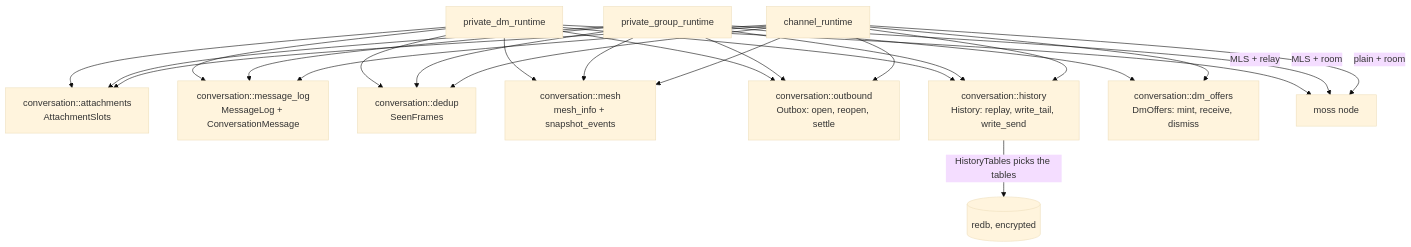
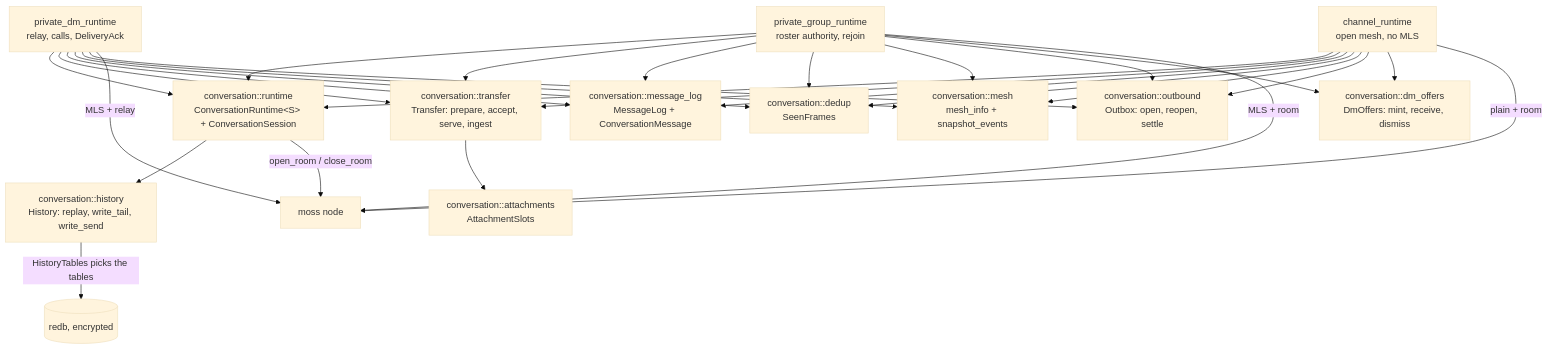
One commit to redstone-md/mosh-flutter changed the eighth of 8 diagrams in docs/Architecture.md. Above: the diagram before and after it, drawn with Mermaid (base theme). The commit also changed other lines of this file and 1 other file, not shown here.

First line of the commit message:
docs: the conversation strata are folded, down to the runtime shell

````diff
--- a/docs/Architecture.md
+++ b/docs/Architecture.md
@@ -315,40 +321,45 @@
 ```mermaid
 flowchart TD
-    Dm[private_dm_runtime]
-    Gr[private_group_runtime]
-    Ch[channel_runtime]
+    Dm["private_dm_runtime<br/>relay, calls, DeliveryAck"]
+    Gr["private_group_runtime<br/>roster authority, rejoin"]
+    Ch["channel_runtime<br/>open mesh, no MLS"]
+    Shell["conversation::runtime<br/>ConversationRuntime&lt;S&gt; + ConversationSession"]
     Slots["conversation::attachments<br/>AttachmentSlots"]
+    Xfer["conversation::transfer<br/>Transfer: prepare, accept, serve, ingest"]
     Log["conversation::message_log<br/>MessageLog + ConversationMessage"]
     Seen["conversation::dedup<br/>SeenFrames"]
     Mesh["conversation::mesh<br/>mesh_info + snapshot_events"]
     Out["conversation::outbound<br/>Outbox: open, reopen, settle"]
     Hist["conversation::history<br/>History: replay, write_tail, write_send"]
     Offers["conversation::dm_offers<br/>DmOffers: mint, receive, dismiss"]
     Moss[moss node]
     Db[(redb, encrypted)]
 
-    Dm --> Slots
+    Dm --> Shell
+    Gr --> Shell
+    Ch --> Shell
+    Dm --> Xfer
+    Gr --> Xfer
+    Ch --> Xfer
     Dm --> Log
     Dm --> Seen
     Dm --> Mesh
     Dm --> Out
-    Dm --> Hist
-    Gr --> Slots
     Gr --> Log
     Gr --> Seen
     Gr --> Mesh
     Gr --> Out
-    Gr --> Hist
     Gr --> Offers
-    Ch --> Slots
     Ch --> Log
     Ch --> Seen
     Ch --> Mesh
     Ch --> Out
-    Ch --> Hist
     Ch --> Offers
+    Xfer --> Slots
+    Shell --> Hist
+    Shell -->|"open_room / close_room"| Moss
     Hist -->|"HistoryTables picks the tables"| Db
     Dm -->|"MLS + relay"| Moss
     Gr -->|"MLS + room"| Moss
     Ch -->|"plain + room"| Moss
 ```
````
